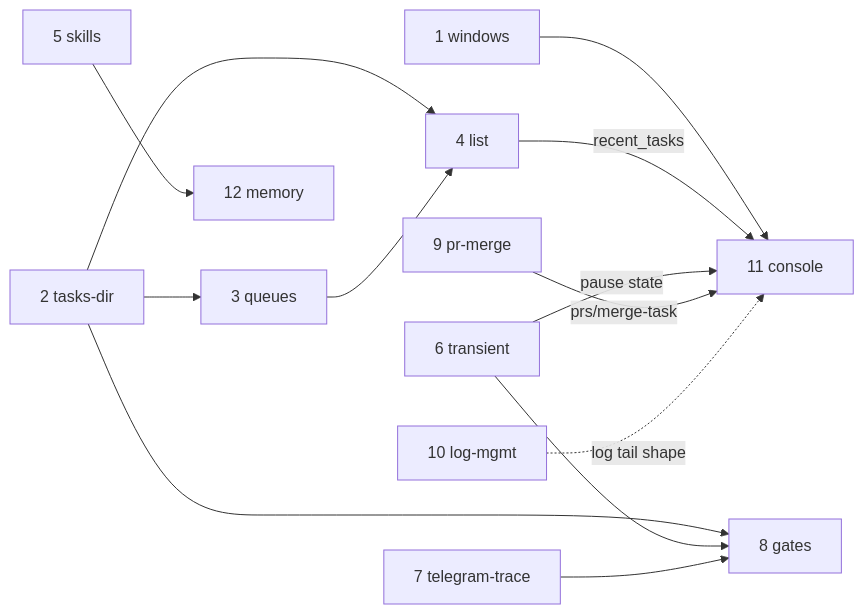
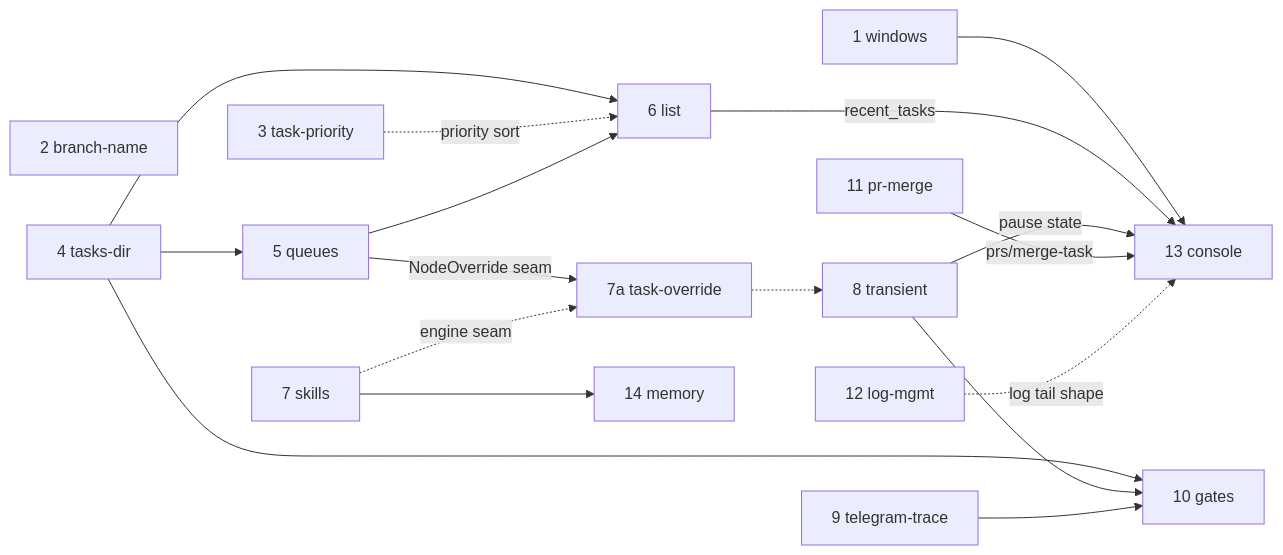
The diagram in docs/backlog/implementation-roadmap.md (VladimirMakarevich/wastech-orchestrator), drawn with Mermaid before and after one commit. The commit also changed other lines of this file and 22 other files, not shown here.

First line of the commit message:
feat: add optional priority field to task files for scheduling

````diff
--- a/docs/backlog/implementation-roadmap.md
+++ b/docs/backlog/implementation-roadmap.md
@@ -77,15 +84,21 @@
 ```mermaid
 graph LR
-  W[1 windows] --> CON[11 console]
-  TD[2 tasks-dir] --> Q[3 queues]
-  TD --> L[4 list]
-  TD --> G[8 gates]
+  W[1 windows] --> CON[13 console]
+  BN[2 branch-name]
+  TP[3 task-priority]
+  TD[4 tasks-dir] --> Q[5 queues]
+  TD --> L[6 list]
+  TD --> G[10 gates]
+  TP -.->|priority sort| L
   Q --> L
+  Q -->|NodeOverride seam| MO[7a task-override]
   L -->|recent_tasks| CON
-  SK[5 skills] --> MEM[12 memory]
-  TR[6 transient] --> G
+  SK[7 skills] --> MEM[14 memory]
+  SK -.->|engine seam| MO
+  MO -.-> TR
+  TR[8 transient] --> G
   TR -->|pause state| CON
-  TT[7 telegram-trace] --> G
-  PR[9 pr-merge] -->|prs/merge-task| CON
-  LM[10 log-mgmt] -.->|log tail shape| CON
+  TT[9 telegram-trace] --> G
+  PR[11 pr-merge] -->|prs/merge-task| CON
+  LM[12 log-mgmt] -.->|log tail shape| CON
 ```
````
